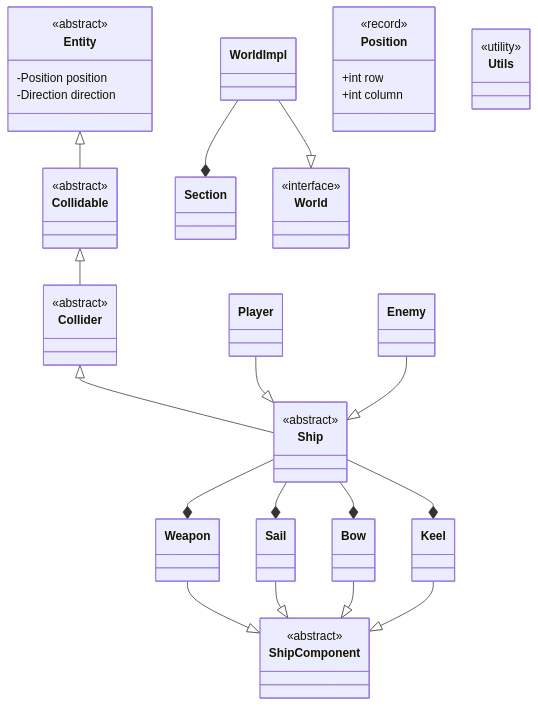
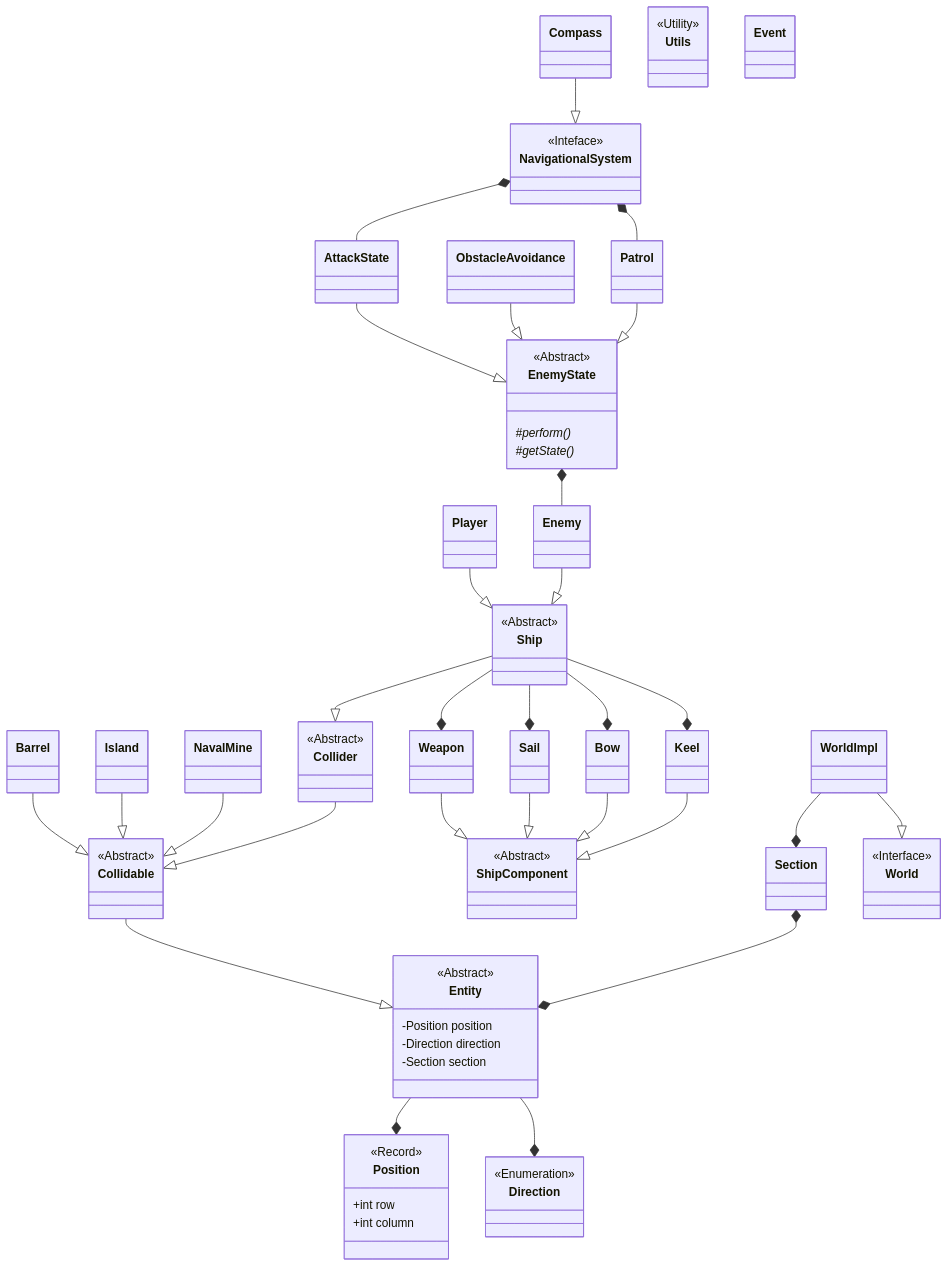
The diagram in report/diagrams/uml.md (thunderingmarmot/OOP23-objectonepiece), drawn with Mermaid before and after one commit.

Commit message:
Updated Project's UML

````diff
--- a/report/diagrams/uml.md
+++ b/report/diagrams/uml.md
@@ -2,61 +2,102 @@
 classDiagram
 
 class Entity
-<<abstract>> Entity
+<<Abstract>> Entity
 Entity : -Position position
+Entity --* Position
 Entity : -Direction direction
+Entity --* Direction
+Entity : -Section section
 
-Entity <|-- Collidable
 class Collidable
-<<abstract>> Collidable
+<<Abstract>> Collidable
+Collidable --|> Entity
 
-Collidable <|-- Collider
+class Barrel
+Barrel --|> Collidable
+
+class Island
+Island --|> Collidable
+
+class NavalMine
+NavalMine --|> Collidable
+
 class Collider
-<<abstract>> Collider
+<<Abstract>> Collider
+Collider --|> Collidable
 
-Collider <|-- Ship
+class Ship
+<<Abstract>> Ship
+Ship --|> Collider
 Ship --* Weapon
 Ship --* Sail
 Ship --* Bow
 Ship --* Keel
-class Ship
-<<abstract>> Ship
 
 class ShipComponent
-<<abstract>> ShipComponent
+<<Abstract>> ShipComponent
 
+class Weapon
 Weapon --|> ShipComponent 
-class Weapon
 
+class Sail
 Sail --|> ShipComponent
-class Sail
 
+class Bow
 Bow --|> ShipComponent
-class Bow
 
+class Keel
 Keel --|> ShipComponent
-class Keel
 
+class Player
 Player --|> Ship
-class Player
 
+class Enemy
 Enemy --|> Ship
-class Enemy
+EnemyState *-- Enemy
+
+class EnemyState
+<<Abstract>> EnemyState
+EnemyState : #perform()*
+EnemyState : #getState()*
+
+class AttackState
+AttackState --|> EnemyState
+NavigationalSystem *-- AttackState
+
+class ObstacleAvoidance
+ObstacleAvoidance --|> EnemyState
+
+class Patrol
+Patrol --|> EnemyState
+NavigationalSystem *-- Patrol
+
+class NavigationalSystem
+<<Inteface>> NavigationalSystem
+
+class Compass
+Compass --|> NavigationalSystem
 
 class Section
+Section *--* Entity
 
 class World
-<<interface>> World
+<<Interface>> World
 
+class WorldImpl
 WorldImpl --* Section
 WorldImpl --|> World
-class WorldImpl
 
 class Position
-<<record>> Position
+<<Record>> Position
 Position : +int row
 Position : +int column
 
+class Direction
+<<Enumeration>> Direction
+
 class Utils
-<<utility>> Utils
+<<Utility>> Utils
+
+class Event
 ```
````
